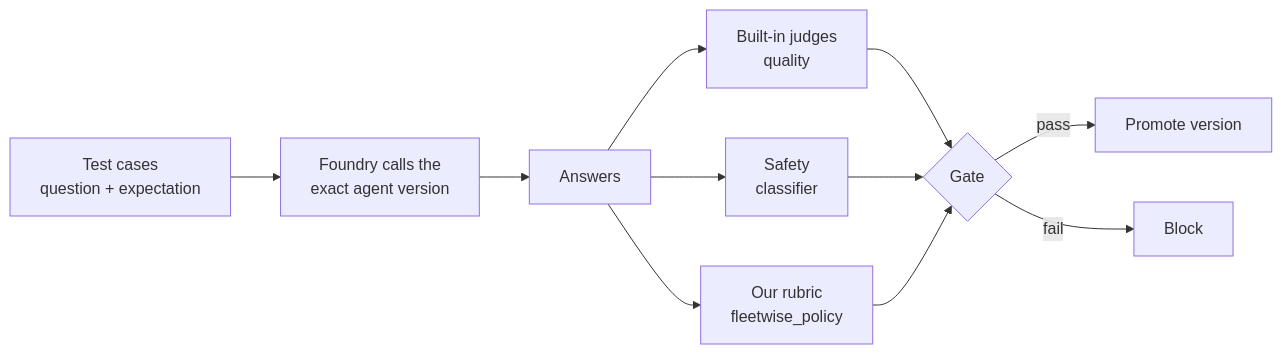
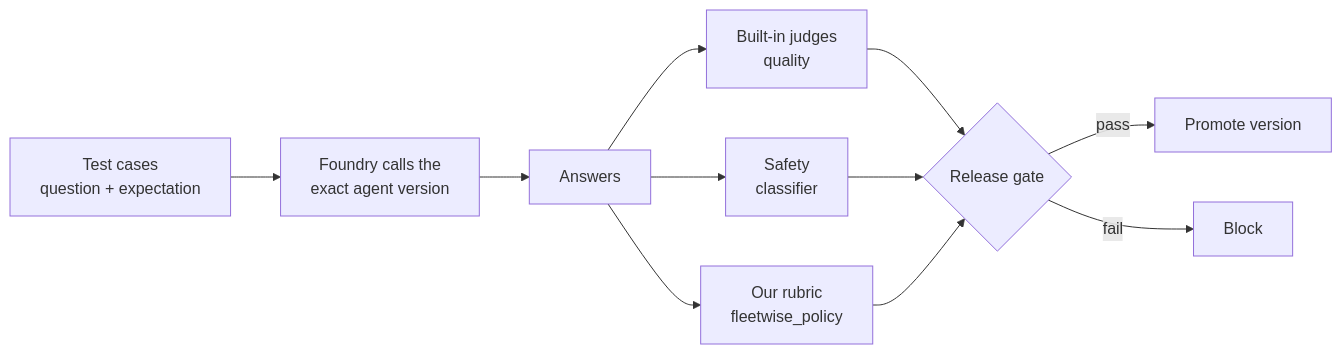
Before and after one commit to hkaanturgut/foundry-fleetwise-agents: the third of 5 diagrams in README.md, drawn with Mermaid. The commit also changed other lines of this file and 7 other files, not shown here.

````diff
--- a/README.md
+++ b/README.md
@@ -182,11 +427,11 @@
 ```mermaid
 flowchart LR
     D["Test cases<br/>question + expectation"] --> T["Foundry calls the<br/>exact agent version"]
     T --> A["Answers"]
     A --> J1["Built-in judges<br/>quality"]
     A --> J2["Safety<br/>classifier"]
     A --> J3["Our rubric<br/>fleetwise_policy"]
-    J1 & J2 & J3 --> G{"Gate"}
+    J1 & J2 & J3 --> G{"Release gate"}
     G -- pass --> P["Promote version"]
     G -- fail --> B["Block"]
 ```
````
